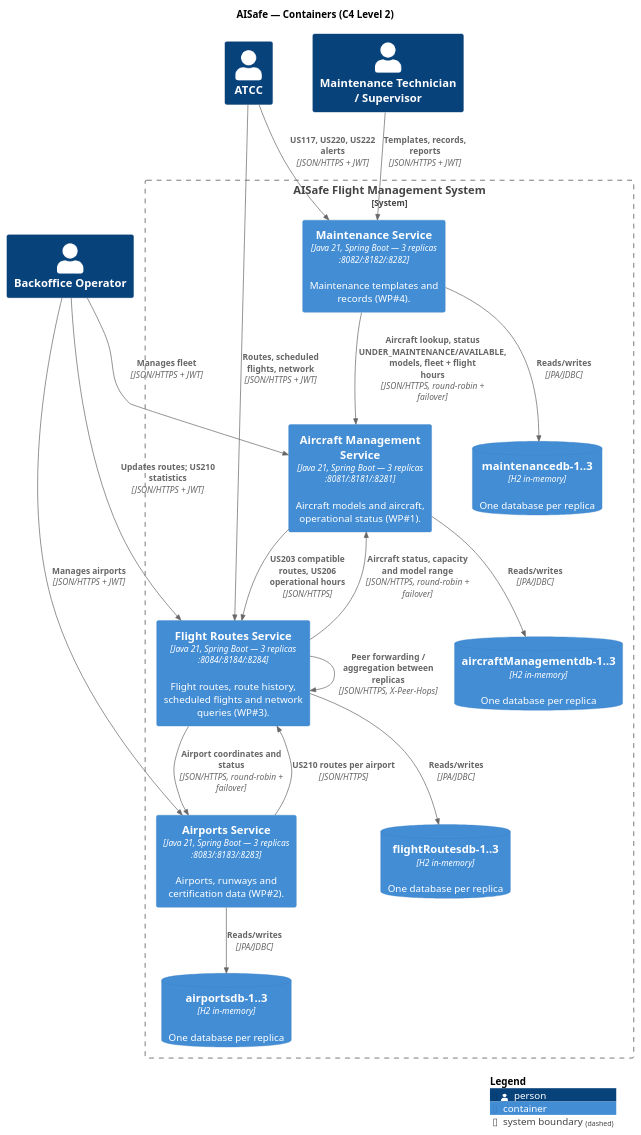
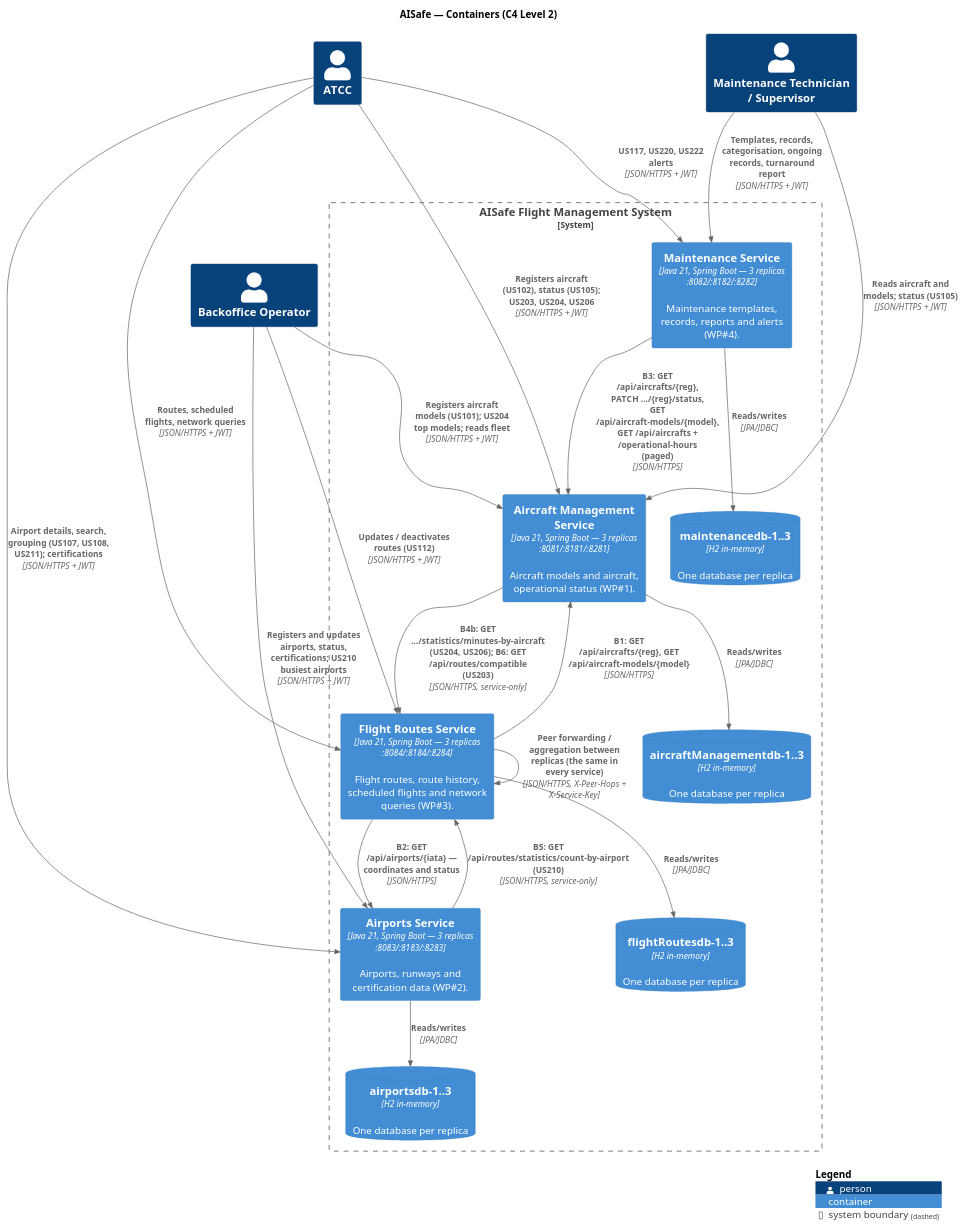
Before and after one commit to caetanotiago/Project_SIDIS: the diagram in docs/2-containers/puml/C4-L2-Containers.puml, drawn with PlantUML. The commit also changed 24 other files, not shown here.

```diff
--- a/docs/2-containers/puml/C4-L2-Containers.puml
+++ b/docs/2-containers/puml/C4-L2-Containers.puml
@@ -1,43 +1,48 @@
 @startuml C4-L2-Containers
 !include <C4/C4_Container>
 LAYOUT_TOP_DOWN()
 title AISafe — Containers (C4 Level 2)
 
 Person(backoffice, "Backoffice Operator")
 Person(atcc, "ATCC")
 Person(maint, "Maintenance Technician / Supervisor")
 
 System_Boundary(aisafe, "AISafe Flight Management System") {
     Container(am, "Aircraft Management Service", "Java 21, Spring Boot — 3 replicas :8081/:8181/:8281", "Aircraft models and aircraft, operational status (WP#1).")
-    Container(mt, "Maintenance Service", "Java 21, Spring Boot — 3 replicas :8082/:8182/:8282", "Maintenance templates and records (WP#4).")
+    Container(mt, "Maintenance Service", "Java 21, Spring Boot — 3 replicas :8082/:8182/:8282", "Maintenance templates, records, reports and alerts (WP#4).")
     Container(ap, "Airports Service", "Java 21, Spring Boot — 3 replicas :8083/:8183/:8283", "Airports, runways and certification data (WP#2).")
     Container(fr, "Flight Routes Service", "Java 21, Spring Boot — 3 replicas :8084/:8184/:8284", "Flight routes, route history, scheduled flights and network queries (WP#3).")
 
     ContainerDb(amdb, "aircraftManagementdb-1..3", "H2 in-memory", "One database per replica")
     ContainerDb(mtdb, "maintenancedb-1..3", "H2 in-memory", "One database per replica")
     ContainerDb(apdb, "airportsdb-1..3", "H2 in-memory", "One database per replica")
     ContainerDb(frdb, "flightRoutesdb-1..3", "H2 in-memory", "One database per replica")
 }
 
-Rel(backoffice, am, "Manages fleet", "JSON/HTTPS + JWT")
-Rel(backoffice, ap, "Manages airports", "JSON/HTTPS + JWT")
-Rel(backoffice, fr, "Updates routes; US210 statistics", "JSON/HTTPS + JWT")
-Rel(atcc, fr, "Routes, scheduled flights, network", "JSON/HTTPS + JWT")
-Rel(maint, mt, "Templates, records, reports", "JSON/HTTPS + JWT")
+' Users (roles as in each service's AuthorizationRules)
+Rel(backoffice, am, "Registers aircraft models (US101); US204 top models; reads fleet", "JSON/HTTPS + JWT")
+Rel(backoffice, ap, "Registers and updates airports, status, certifications; US210 busiest airports", "JSON/HTTPS + JWT")
+Rel(backoffice, fr, "Updates / deactivates routes (US112)", "JSON/HTTPS + JWT")
+Rel(atcc, am, "Registers aircraft (US102), status (US105); US203, US204, US206", "JSON/HTTPS + JWT")
+Rel(atcc, ap, "Airport details, search, grouping (US107, US108, US211); certifications", "JSON/HTTPS + JWT")
+Rel(atcc, fr, "Routes, scheduled flights, network queries", "JSON/HTTPS + JWT")
 Rel(atcc, mt, "US117, US220, US222 alerts", "JSON/HTTPS + JWT")
-Rel(mt, am, "Aircraft lookup, status UNDER_MAINTENANCE/AVAILABLE, models, fleet + flight hours", "JSON/HTTPS, round-robin + failover")
+Rel(maint, mt, "Templates, records, categorisation, ongoing records, turnaround report", "JSON/HTTPS + JWT")
+Rel(maint, am, "Reads aircraft and models; status (US105)", "JSON/HTTPS + JWT")
 
-Rel(fr, ap, "Airport coordinates and status", "JSON/HTTPS, round-robin + failover")
-Rel(fr, am, "Aircraft status, capacity and model range", "JSON/HTTPS, round-robin + failover")
-Rel(am, fr, "US203 compatible routes, US206 operational hours", "JSON/HTTPS")
-Rel(ap, fr, "US210 routes per airport", "JSON/HTTPS")
+' Service-to-service calls (all with the user's JWT and X-Service-Key; round-robin + failover)
+Rel(fr, ap, "B2: GET /api/airports/{iata} — coordinates and status", "JSON/HTTPS")
+Rel(fr, am, "B1: GET /api/aircrafts/{reg}, GET /api/aircraft-models/{model}", "JSON/HTTPS")
+Rel(am, fr, "B4b: GET …/statistics/minutes-by-aircraft (US204, US206); B6: GET /api/routes/compatible (US203)", "JSON/HTTPS, service-only")
+Rel(ap, fr, "B5: GET /api/routes/statistics/count-by-airport (US210)", "JSON/HTTPS, service-only")
+Rel(mt, am, "B3: GET /api/aircrafts/{reg}, PATCH …/{reg}/status, GET /api/aircraft-models/{model}, GET /api/aircrafts + /operational-hours (paged)", "JSON/HTTPS")
 
-Rel(fr, fr, "Peer forwarding / aggregation between replicas", "JSON/HTTPS, X-Peer-Hops")
+Rel(fr, fr, "Peer forwarding / aggregation between replicas (the same in every service)", "JSON/HTTPS, X-Peer-Hops + X-Service-Key")
 
 Rel(am, amdb, "Reads/writes", "JPA/JDBC")
 Rel(mt, mtdb, "Reads/writes", "JPA/JDBC")
 Rel(ap, apdb, "Reads/writes", "JPA/JDBC")
 Rel(fr, frdb, "Reads/writes", "JPA/JDBC")
 
 SHOW_LEGEND()
 @enduml
```
